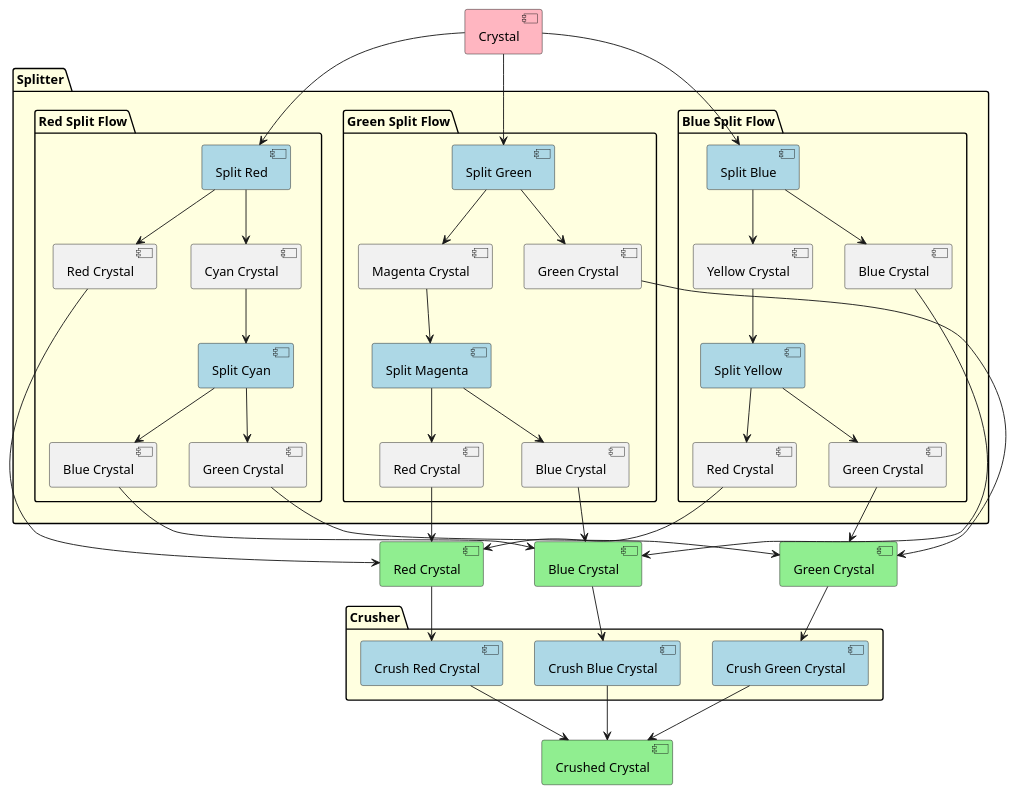
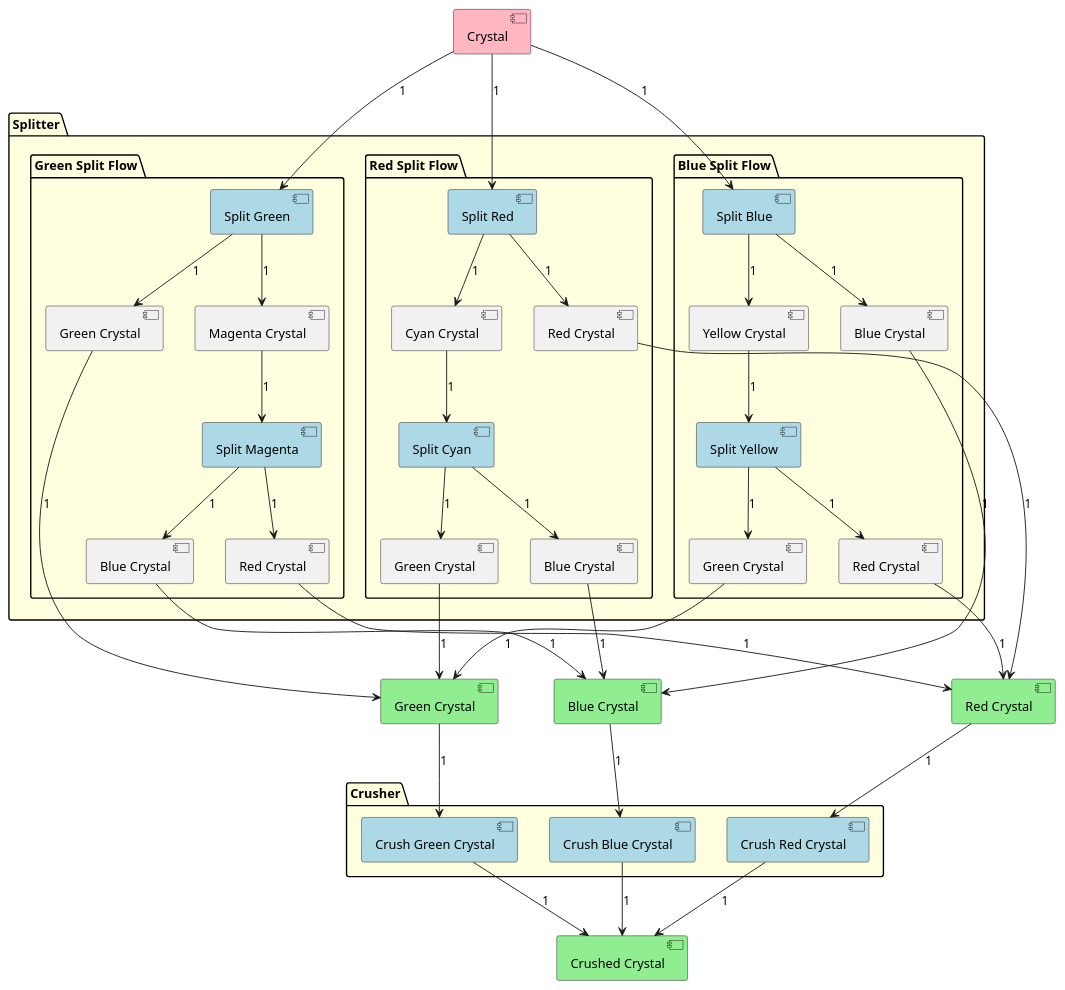
The diagram in Documentation/ColoredFlow.puml (Thomas-De-Praetere/CrystalMod), drawn with PlantUML before and after one commit. The commit also changed 10 other files, not shown here.

```diff
--- a/Documentation/ColoredFlow.puml
+++ b/Documentation/ColoredFlow.puml
@@ -1,95 +1,95 @@
 @startuml
 
 hide methods
 hide fields
 hide circle
 
 [Crystal] as C #lightpink
 
 [Red Crystal] as RC #lightgreen
 [Green Crystal] as GC #lightgreen
 [Blue Crystal] as BC #lightgreen
 [Crushed Crystal] as CCr #lightgreen
 
 package Splitter #lightyellow {
 package "Green Split Flow" {
 [Split Green] as SG #lightblue
 [Split Magenta] as SM #lightblue
 [Magenta Crystal] as MC
 [Red Crystal] as RC1
 [Green Crystal] as GC1
 [Blue Crystal] as BC1
 }
 package "Red Split Flow" {
 [Split Red] as SR #lightblue
 [Split Cyan] as SC #lightblue
 [Cyan Crystal] as CC
 [Red Crystal] as RC2
 [Green Crystal] as GC2
 [Blue Crystal] as BC2
 
 }
 package "Blue Split Flow" {
 [Split Blue] as SB #lightblue
 [Split Yellow] as SY #lightblue
 [Yellow Crystal] as YC
 [Red Crystal] as RC3
 [Green Crystal] as GC3
 [Blue Crystal] as BC3
 }
 }
 
 package Crusher #lightyellow {
 [Crush Red Crystal] as CrR #lightblue
 [Crush Green Crystal] as CrG #lightblue
 [Crush Blue Crystal] as CrB #lightblue
 }
 
 
 
-C --> SG
-SG --> GC1
-SG --> MC
+C --> SG  : 1
+SG --> GC1 : 1
+SG --> MC : 1
 
-C --> SR
-SR --> RC2
-SR --> CC
+C --> SR : 1
+SR --> RC2 : 1
+SR --> CC : 1
 
-C --> SB
-SB --> BC3
-SB --> YC
+C --> SB : 1
+SB --> BC3 : 1
+SB --> YC : 1
 
-YC --> SY
-SY --> RC3
-SY --> GC3
+YC --> SY : 1
+SY --> RC3 : 1
+SY --> GC3 : 1
 
-CC --> SC
-SC --> GC2
-SC --> BC2
+CC --> SC : 1
+SC --> GC2 : 1
+SC --> BC2 : 1
 
-MC --> SM
-SM --> BC1
-SM --> RC1
+MC --> SM : 1
+SM --> BC1 : 1
+SM --> RC1 : 1
 
-RC1 --> RC
-RC2 --> RC
-RC3 --> RC
+RC1 --> RC : 1
+RC2 --> RC : 1
+RC3 --> RC : 1
 
-GC1 --> GC
-GC2 --> GC
-GC3 --> GC
+GC1 --> GC : 1
+GC2 --> GC : 1
+GC3 --> GC : 1
 
-BC1 --> BC
-BC2 --> BC
-BC3 --> BC
+BC1 --> BC : 1
+BC2 --> BC : 1
+BC3 --> BC : 1
 
-BC --> CrB
-CrB --> CCr
+BC --> CrB : 1
+CrB --> CCr : 1
 
-RC --> CrR
-CrR --> CCr
+RC --> CrR : 1
+CrR --> CCr : 1
 
-GC --> CrG
-CrG --> CCr
+GC --> CrG : 1
+CrG --> CCr : 1
 
 @enduml
```
